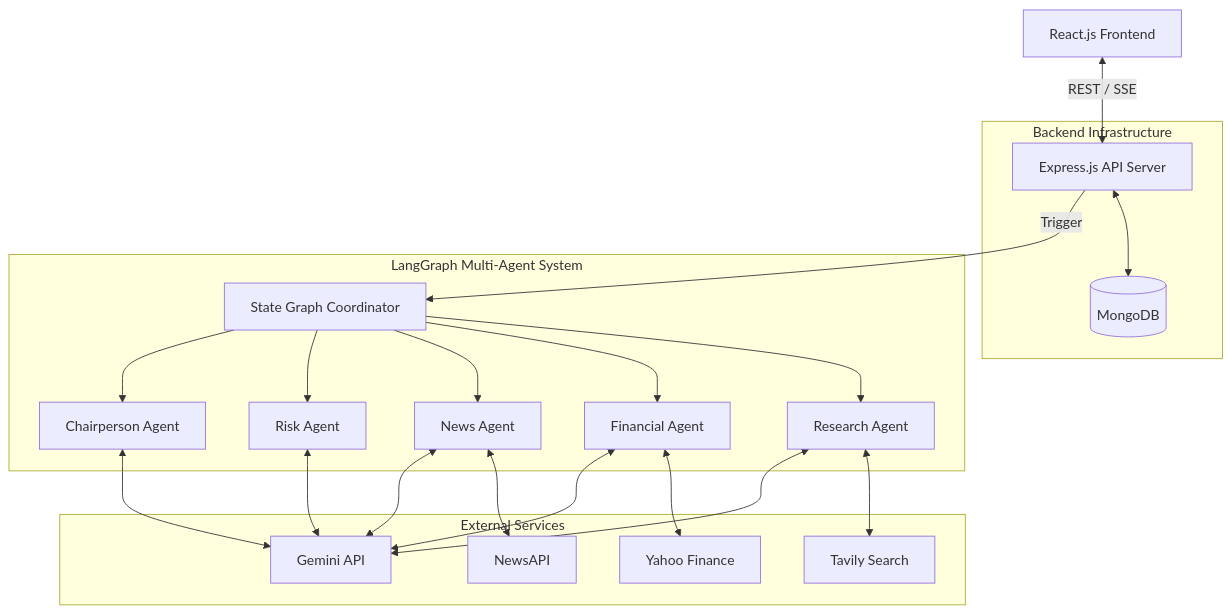
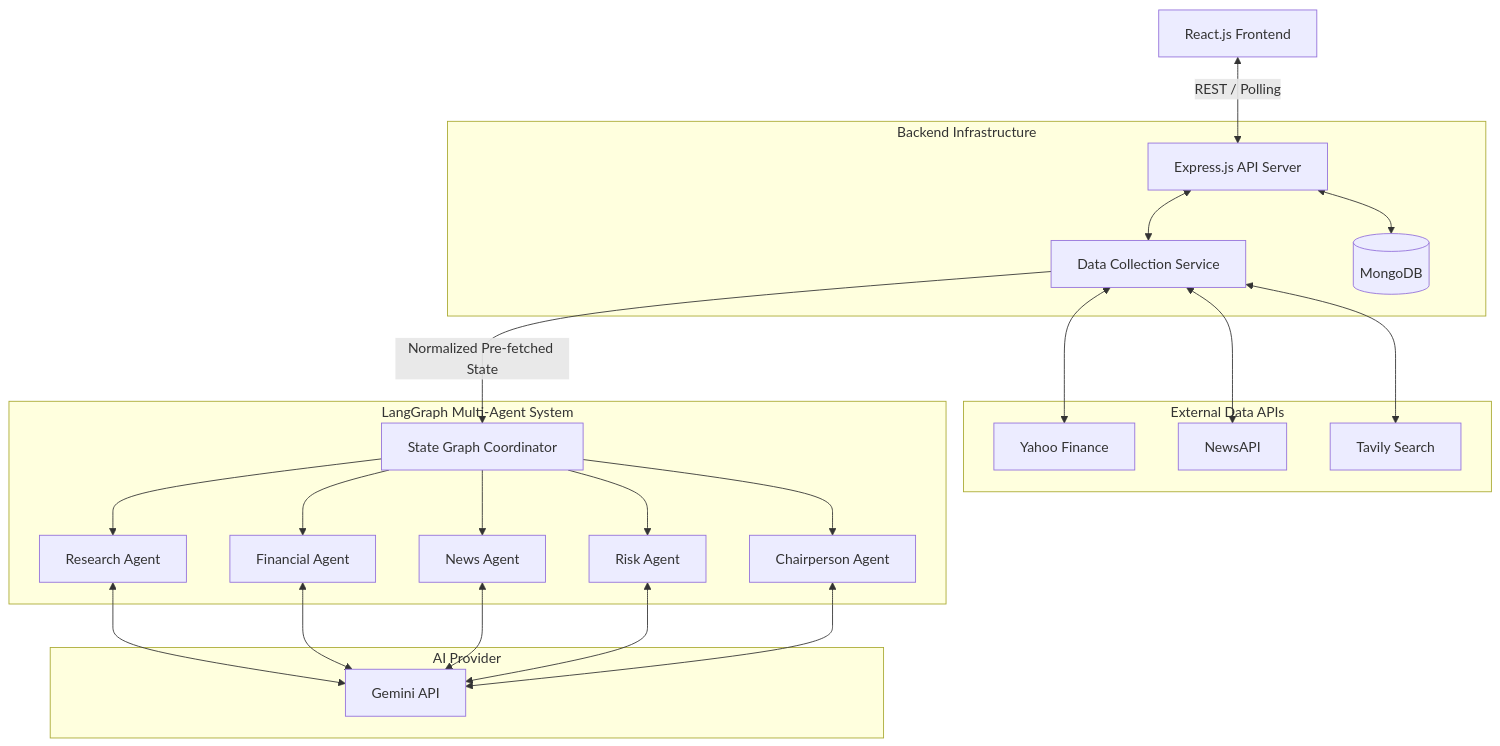
One commit to hackernikhil1234/AlphaLens_AI changed the diagram in docs/SYSTEM_ARCHITECTURE.md. Above: the diagram before and after it, drawn with Mermaid. The commit also changed other lines of this file and 3 other files, not shown here.

Commit message:
docs: update architecture to pre-fetch APIs and improve agent state

````diff
--- a/docs/SYSTEM_ARCHITECTURE.md
+++ b/docs/SYSTEM_ARCHITECTURE.md
@@ -8,52 +8,60 @@
 ```mermaid
 graph TD
     %% Frontend
     Client[React.js Frontend]
 
     %% Backend & DB
     subgraph Backend Infrastructure
         Server[Express.js API Server]
+        DC[Data Collection Service]
         DB[(MongoDB)]
+    end
+
+    %% External APIs (Data)
+    subgraph External Data APIs
+        YF[Yahoo Finance]
+        NAPI[NewsAPI]
+        TAV[Tavily Search]
     end
 
     %% LangGraph Agents
     subgraph LangGraph Multi-Agent System
         LG[State Graph Coordinator]
         A1[Research Agent]
         A2[Financial Agent]
         A3[News Agent]
         A4[Risk Agent]
         A5[Chairperson Agent]
     end
 
-    %% External APIs
-    subgraph External Services
+    %% External APIs (AI)
+    subgraph AI Provider
         LLM[Gemini API]
-        YF[Yahoo Finance]
-        NAPI[NewsAPI]
-        TAV[Tavily Search]
     end
 
     %% Connections
-    Client <-->|REST / SSE| Server
+    Client <-->|REST / Polling| Server
     Server <--> DB
-    Server -->|Trigger| LG
+    Server <--> DC
+    
+    %% Data Collection Phase
+    DC <--> YF
+    DC <--> NAPI
+    DC <--> TAV
+    
+    %% Graph Phase
+    DC -->|Normalized Pre-fetched State| LG
     
     LG --> A1
     LG --> A2
     LG --> A3
     LG --> A4
     LG --> A5
 
-    %% Agent External Calls
-    A1 <--> TAV
-    A2 <--> YF
-    A3 <--> NAPI
-    
-    %% LLM Reasoning
+    %% LLM Reasoning Phase
     A1 <--> LLM
     A2 <--> LLM
     A3 <--> LLM
     A4 <--> LLM
     A5 <--> LLM
 ```
````
